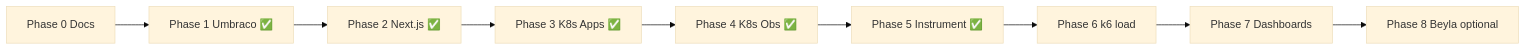
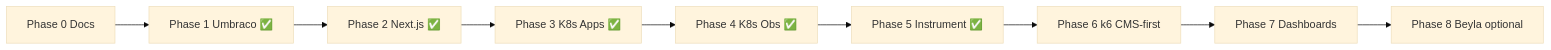
One commit to 1k-off/umbraco-observability-playground changed the diagram in docs/IMPLEMENTATION_PLAN.md. Above: the diagram before and after it, drawn with Mermaid (base theme). The commit also changed other lines of this file and 58 other files, not shown here.

First line of the commit message:
feat: add CMS-first k6 suite, Grafana dashboards, and cluster metrics

````diff
--- a/docs/IMPLEMENTATION_PLAN.md
+++ b/docs/IMPLEMENTATION_PLAN.md
@@ -9,11 +9,11 @@
 ```mermaid
 flowchart LR
   P0[Phase 0 Docs] --> P1[Phase 1 Umbraco ✅]
   P1 --> P2[Phase 2 Next.js ✅]
   P2 --> P3[Phase 3 K8s Apps ✅]
   P3 --> P4[Phase 4 K8s Obs ✅]
   P4 --> P5[Phase 5 Instrument ✅]
-  P5 --> P6[Phase 6 k6 load]
+  P5 --> P6[Phase 6 k6 CMS-first]
   P6 --> P7[Phase 7 Dashboards]
   P7 --> P8[Phase 8 Beyla optional]
 ```
````
